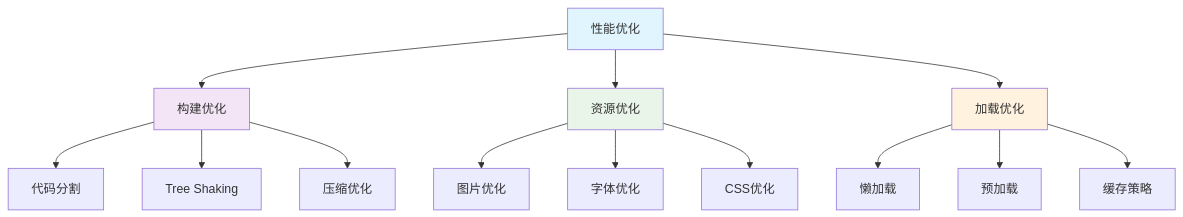
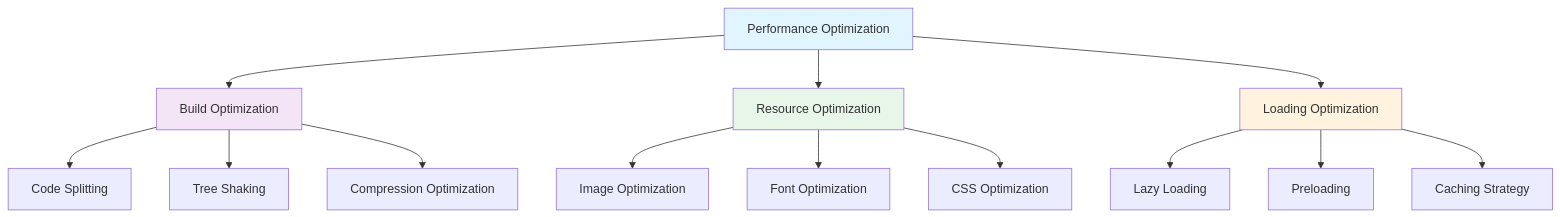
One commit to ChanMeng666/ai-programming-teaching-project changed the ninth of 10 diagrams in i18n/en/docusaurus-plugin-content-docs/version-2024-winter/tutorials/docusaurus-tutorial.mdx. Above: the diagram before and after it, drawn with Mermaid. The commit also changed other lines of this file and 11 other files, not shown here.

````diff
--- a/i18n/en/docusaurus-plugin-content-docs/version-2024-winter/tutorials/docusaurus-tutorial.mdx
+++ b/i18n/en/docusaurus-plugin-content-docs/version-2024-winter/tutorials/docusaurus-tutorial.mdx
@@ -700,23 +700,23 @@
 ```mermaid
 graph TD
-    A[性能优化] --> B[构建优化]
-    A --> C[资源优化]
-    A --> D[加载优化]
-    
-    B --> B1[代码分割]
+    A[Performance Optimization] --> B[Build Optimization]
+    A --> C[Resource Optimization]
+    A --> D[Loading Optimization]
+
+    B --> B1[Code Splitting]
     B --> B2[Tree Shaking]
-    B --> B3[压缩优化]
-    
-    C --> C1[图片优化]
-    C --> C2[字体优化]
-    C --> C3[CSS优化]
-    
-    D --> D1[懒加载]
-    D --> D2[预加载]
-    D --> D3[缓存策略]
-    
+    B --> B3[Compression Optimization]
+
+    C --> C1[Image Optimization]
+    C --> C2[Font Optimization]
+    C --> C3[CSS Optimization]
+
+    D --> D1[Lazy Loading]
+    D --> D2[Preloading]
+    D --> D3[Caching Strategy]
+
     style A fill:#e1f5fe
     style B fill:#f3e5f5
-    style C fill:#e8f5e8
+    style C fill:#e8f5e9
     style D fill:#fff3e0
 ```
````
